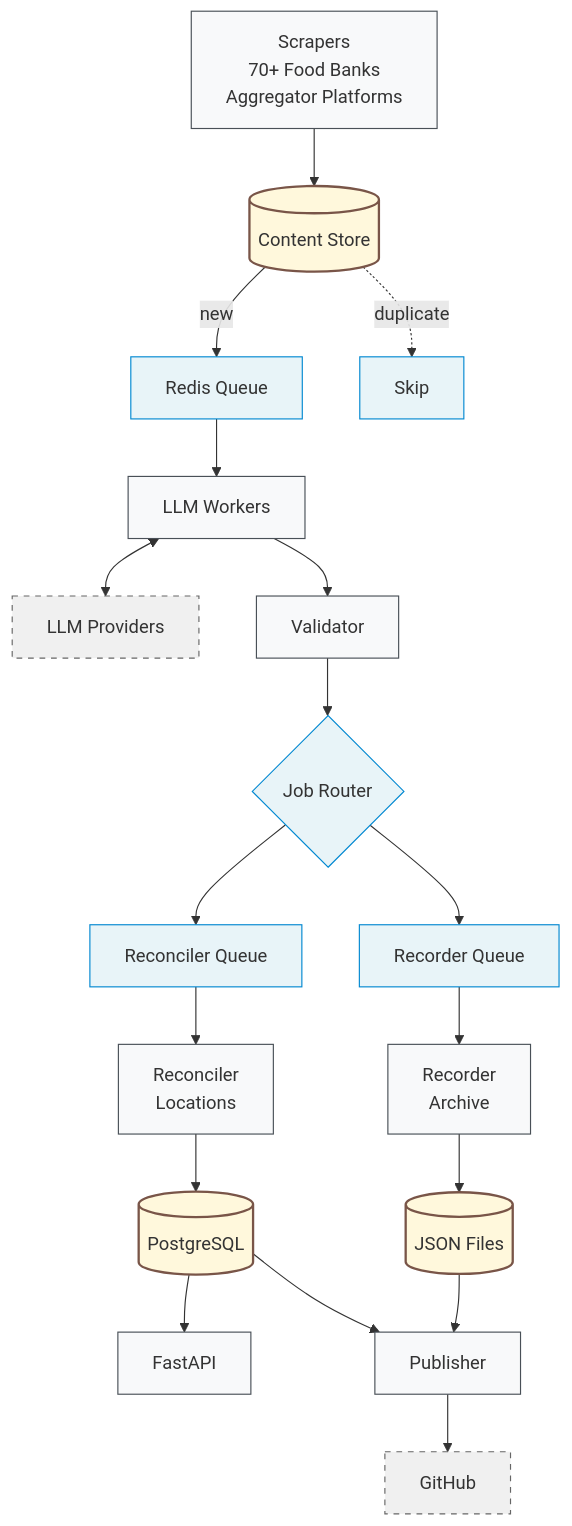
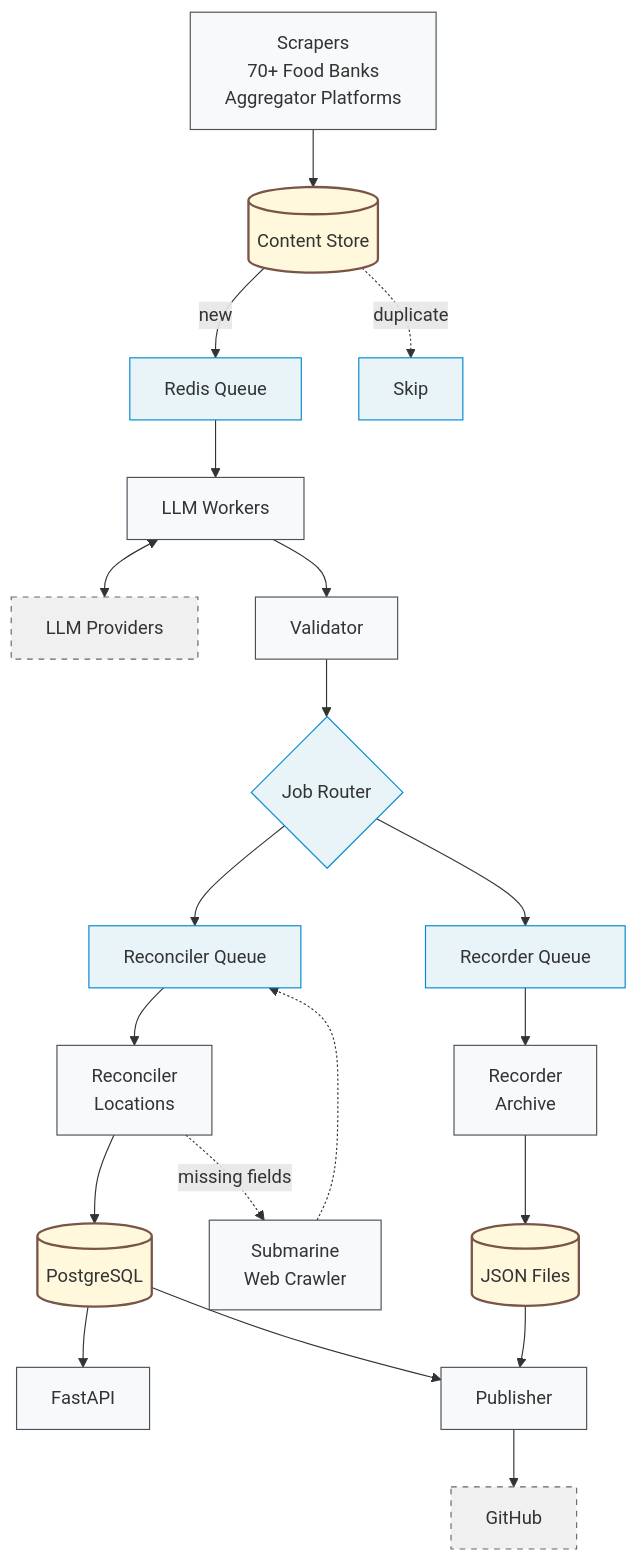
One commit to For-The-Greater-Good/pantry-pirate-radio changed the diagram in README.md. Above: the diagram before and after it, drawn with Mermaid. The commit also changed other lines of this file and 1 other file, not shown here.

Commit message:
docs: add submarine service documentation and update README

````diff
--- a/README.md
+++ b/README.md
@@ -145,46 +146,50 @@
 ```mermaid
 flowchart TB
     %% Data Collection
     Scrapers[Scrapers<br/>70+ Food Banks<br/>Aggregator Platforms]
     ContentStore[(Content Store)]
 
     Scrapers --> ContentStore
     ContentStore -->|new| Queue[Redis Queue]
     ContentStore -.->|duplicate| Skip[Skip]
     
     %% Processing
     Queue --> Workers[LLM Workers]
     Workers <--> LLM[LLM Providers]
     Workers --> Validator[Validator]
     
     %% Job Distribution
     Validator --> Jobs{Job Router}
     Jobs --> ReconcilerQ[Reconciler Queue]
     Jobs --> RecorderQ[Recorder Queue]
     
     %% Services
     ReconcilerQ --> Reconciler[Reconciler<br/>Locations]
     RecorderQ --> Recorder[Recorder<br/>Archive]
     
     %% Storage
     Reconciler --> DB[(PostgreSQL)]
     Recorder --> Files[(JSON Files)]
     
+    %% Submarine Enrichment
+    Reconciler -.->|missing fields| Submarine[Submarine<br/>Web Crawler]
+    Submarine -.-> ReconcilerQ
+    
     %% Output
     DB --> API[FastAPI]
     DB --> Publisher[Publisher]
     Files --> Publisher
     Publisher --> GitHub[GitHub]
     
     %% Minimal styling
     classDef service fill:#f8f9fa,stroke:#495057,stroke-width:1px
     classDef storage fill:#fff8dc,stroke:#795548,stroke-width:2px
     classDef external fill:#f0f0f0,stroke:#666,stroke-width:1px,stroke-dasharray: 5 5
     classDef queue fill:#e8f4f8,stroke:#0288d1,stroke-width:1px
     
-    class Scrapers,Workers,Validator,Reconciler,Recorder,API,Publisher service
+    class Scrapers,Workers,Validator,Reconciler,Recorder,API,Publisher,Submarine service
     class ContentStore,DB,Files storage
     class LLM,GitHub external
     class Queue,ReconcilerQ,RecorderQ,Jobs queue
     class Skip queue
 ```
````
